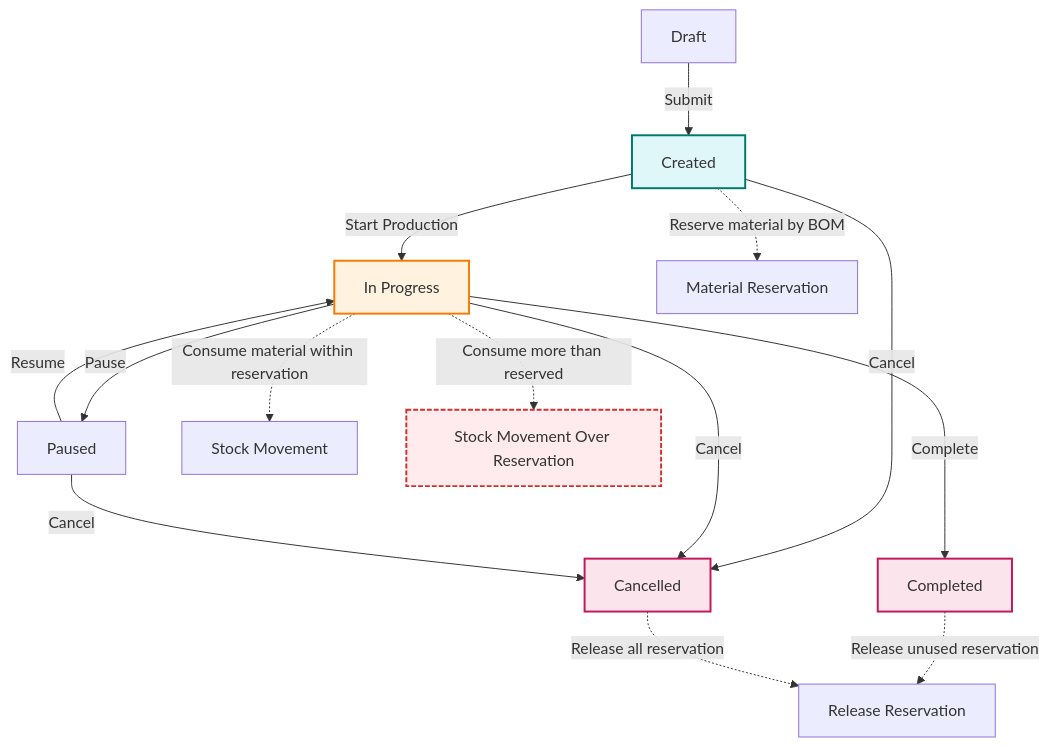
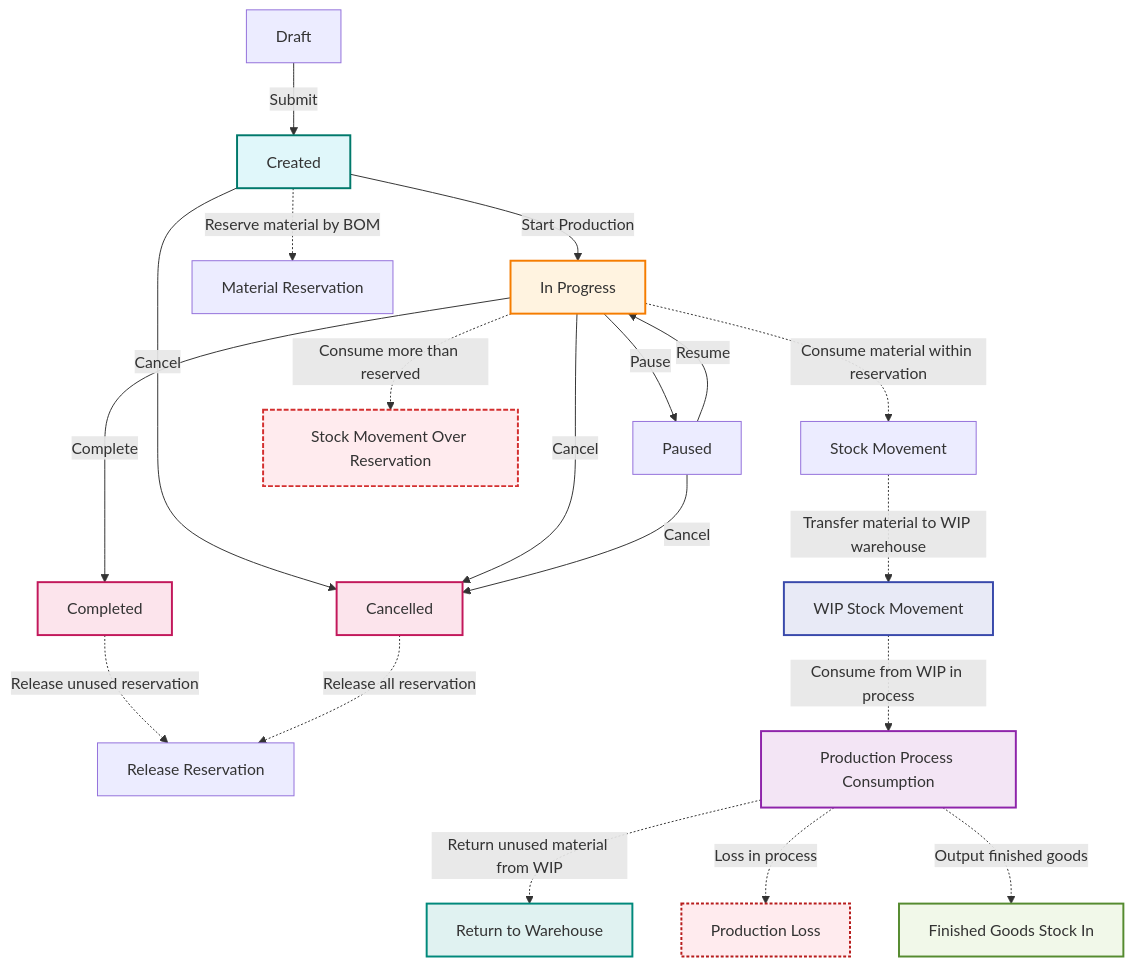
One commit to lockdoor/stockflow changed the diagram in django/stockflow/docs/production-order-material-reservation-flow.md. Above: the diagram before and after it, drawn with Mermaid. The commit also changed other lines of this file and 98 other files, not shown here.

````diff
--- a/django/stockflow/docs/production-order-material-reservation-flow.md
+++ b/django/stockflow/docs/production-order-material-reservation-flow.md
@@ -4,30 +4,47 @@
 ```mermaid
 flowchart TD
     A[Draft] -->|Submit| B[Created]
     B -->|Start Production| C[In Progress]
     C -->|Pause| D[Paused]
     D -->|Resume| C
     C -->|Complete| E[Completed]
     B -->|Cancel| F[Cancelled]
     C -->|Cancel| F
     D -->|Cancel| F
 
     %% Reservation/Consumption logic
     B -.->|Reserve material by BOM| R[Material Reservation]
     C -.->|Consume material within reservation| S[Stock Movement]
     C -.->|Consume more than reserved| S2[Stock Movement Over Reservation]
     E -.->|Release unused reservation| X[Release Reservation]
     F -.->|Release all reservation| X
 
+    %% WIP/Warehouse movement logic
+    S -.->|Transfer material to WIP warehouse| W[WIP Stock Movement]
+    W -.->|Consume from WIP in process| P[Production Process Consumption]
+    P -.->|Return unused material from WIP| RW[Return to Warehouse]
+    P -.->|Loss in process| L[Production Loss]
+    P -.->|Output finished goods| FG[Finished Goods Stock In]
+
     %% Notes
     B:::reserve
     C:::consume
     S2:::overconsume
     E:::release
     F:::release
+    W:::wip
+    P:::process
+    RW:::return
+    L:::loss
+    FG:::fgin
 
     classDef reserve fill:#e0f7fa,stroke:#00796b,stroke-width:2px;
     classDef consume fill:#fff3e0,stroke:#f57c00,stroke-width:2px;
     classDef overconsume fill:#ffebee,stroke:#d32f2f,stroke-width:2px,stroke-dasharray: 5 2;
     classDef release fill:#fce4ec,stroke:#c2185b,stroke-width:2px;
+    classDef wip fill:#e8eaf6,stroke:#3949ab,stroke-width:2px;
+    classDef process fill:#f3e5f5,stroke:#8e24aa,stroke-width:2px;
+    classDef return fill:#e0f2f1,stroke:#00897b,stroke-width:2px;
+    classDef loss fill:#ffebee,stroke:#b71c1c,stroke-width:2px,stroke-dasharray: 3 2;
+    classDef fgin fill:#f1f8e9,stroke:#558b2f,stroke-width:2px;
 ```
````
